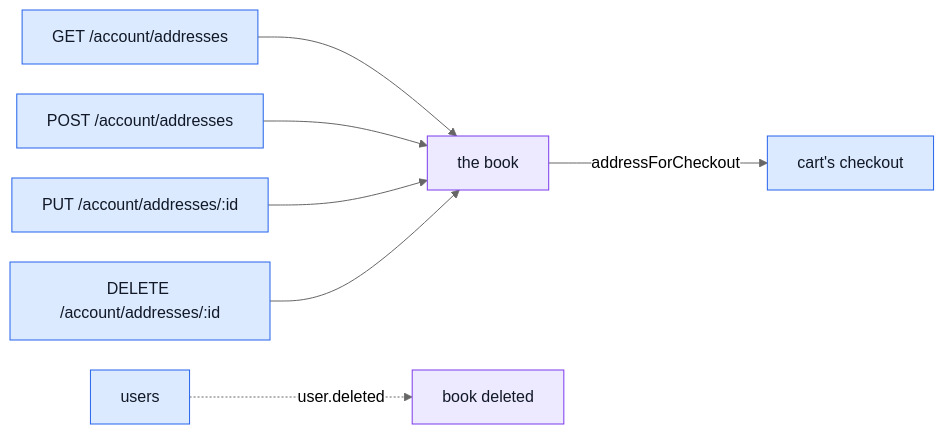
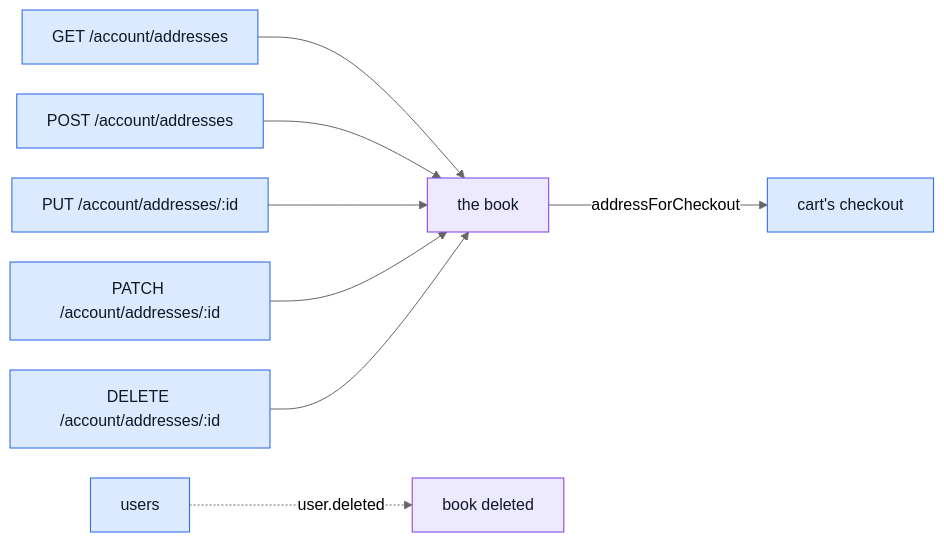
Before and after one commit to Guebbit/boilerplate-node-backend: the second of 2 diagrams in docs/modules/addresses.md, drawn with Mermaid (neutral theme). The commit also changed other lines of this file and 1 other file, not shown here.

Commit message:
docs(addresses,users): fix the D17 PUT/PATCH gaps STRUCTURE_0925_10 found
addresses.md's route diagram still showed PUT only, undercounting
"four routes" against the real five now that PATCH exists.
users.md never documented /users/{id}'s replace-vs-merge split at
all.

````diff
--- a/docs/modules/addresses.md
+++ b/docs/modules/addresses.md
@@ -72,17 +72,18 @@
 ```mermaid
 %%{init: {'flowchart': {'nodeSpacing': 30, 'rankSpacing': 55}}}%%
 flowchart LR
     G["GET /account/addresses"] --> B["the book"]
     A["POST /account/addresses"] --> B
     U["PUT /account/addresses/:id"] --> B
+    PA["PATCH /account/addresses/:id"] --> B
     D["DELETE /account/addresses/:id"] --> B
     B -->|"addressForCheckout"| C["cart's checkout"]
     US["users"] -. "user.deleted" .-> X["book deleted"]
 
     classDef entry fill:#dbeafe,stroke:#2563eb,color:#111827;
     classDef own fill:#ede9fe,stroke:#7c3aed,color:#111827;
     classDef peer fill:#dbeafe,stroke:#2563eb,color:#111827;
-    class G,A,U,D entry;
+    class G,A,U,PA,D entry;
     class B,X own;
     class C,US peer;
 ```
````
